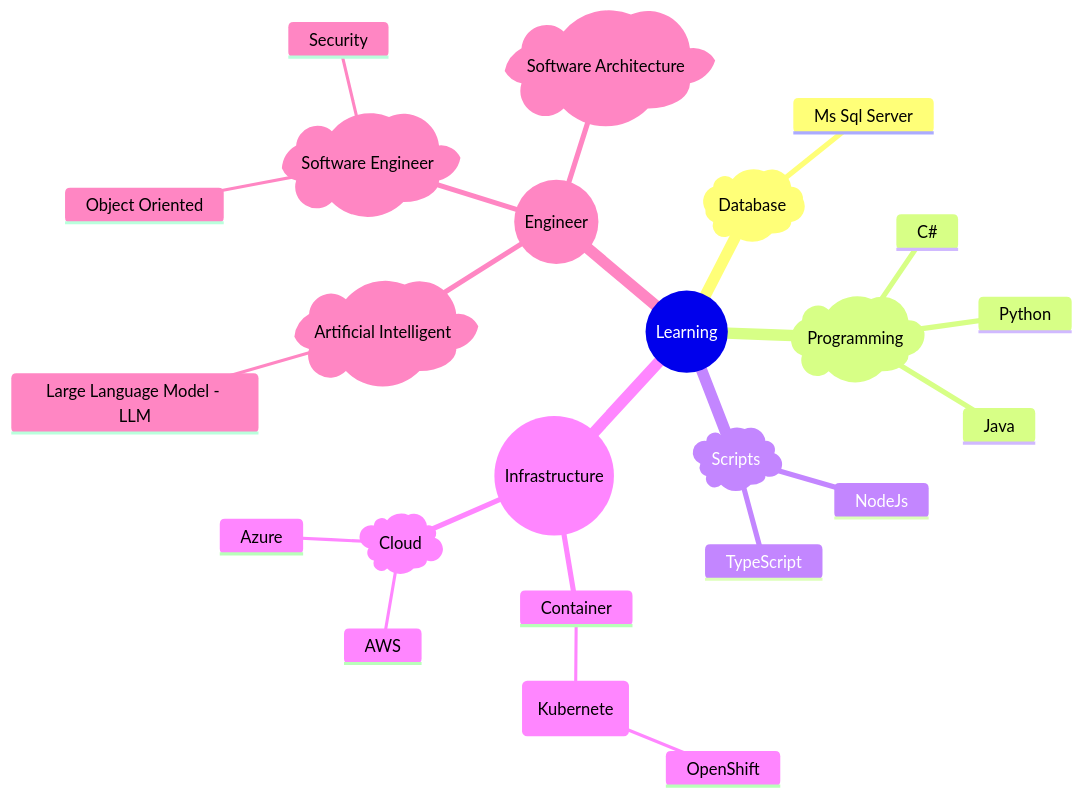
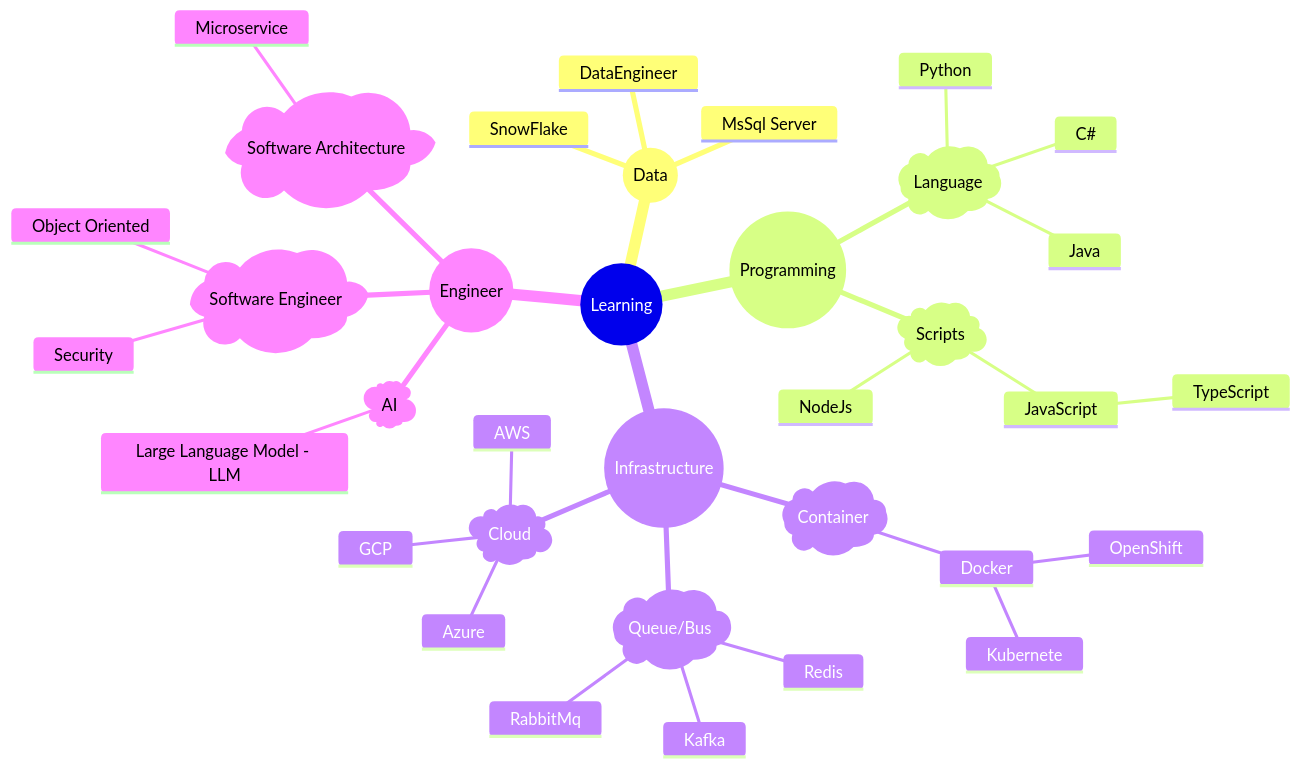
The diagram in README.md (dennisn/LearningNotes), drawn with Mermaid before and after one commit. The commit also changed other lines of this file and 5 other files, not shown here.

Commit message:
Refactor before start on Data Engineer

````diff
--- a/README.md
+++ b/README.md
@@ -46,27 +47,38 @@
 ```mermaid
 mindmap
   root((Learning))
-    id)Database(
-      Ms Sql Server
-    id)Programming(
-      Python
-      C#
-      Java
-    id)Scripts(
-      NodeJs
-      TypeScript
+    id((Data))
+      DataEngineer
+      MsSql Server
+      SnowFlake
+    id((Programming))
+      id)Language(
+        Python
+        C#
+        Java
+      id)Scripts(
+        NodeJs
+        JavaScript
+          TypeScript
     id((Infrastructure))
-      Container
-        Docker (Kubernete)
+      id)Container(
+        Docker
+          Kubernete
           OpenShift
+      id)Queue/Bus(
+        Kafka
+        Redis
+        RabbitMq
       id)Cloud(
         AWS
         Azure
+        GCP
     id((Engineer))
-      id)Artificial Intelligent(
+      id)AI(
         Large Language Model - LLM
       id)Software Engineer(
         Object Oriented
         Security
       id)Software Architecture(
+        Microservice
 ```
````
